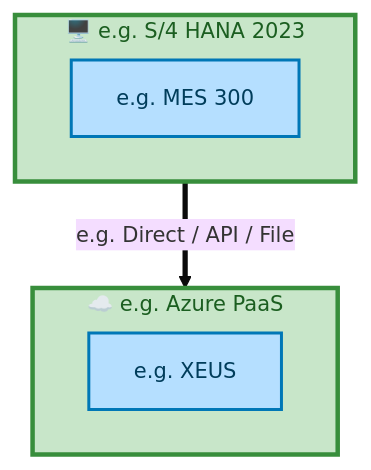
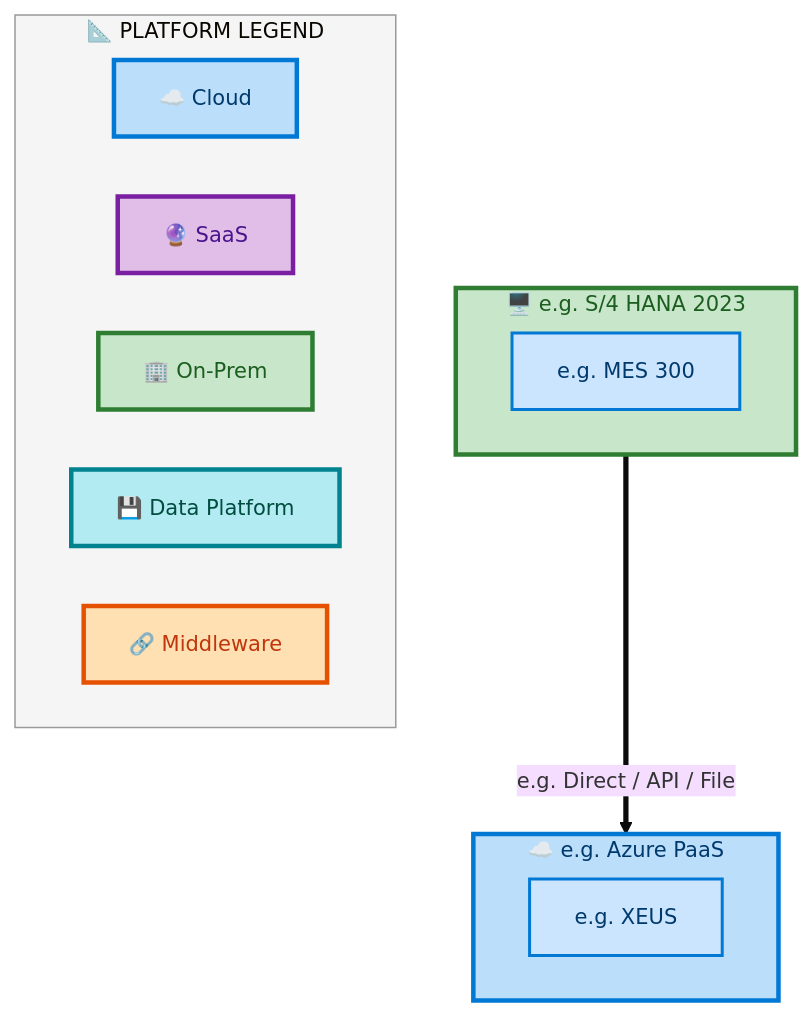
The seventh of 7 diagrams in towers/E2E/Master Data/E2E-91/output/docs/systems-architecture/E2E-91-Architecture.md (sajivfrancis777/IAO-Architecture), drawn with Mermaid before and after one commit. The commit also changed other lines of this file and 394 other files, not shown here.

First line of the commit message:
feat: structured layer ordering for Mermaid architecture diagrams

````diff
--- a/towers/E2E/Master Data/E2E-91/output/docs/systems-architecture/E2E-91-Architecture.md
+++ b/towers/E2E/Master Data/E2E-91/output/docs/systems-architecture/E2E-91-Architecture.md
@@ -653,22 +686,36 @@
 ```mermaid
 %%{init: {"theme": "base", "securityLevel": "loose", "themeVariables": {"fontSize": "14px", "fontFamily": "Segoe UI, Arial"}, "flowchart": {"useMaxWidth": false, "htmlLabels": true, "nodeSpacing": 40, "rankSpacing": 50}} }%%
 flowchart TB
-    classDef appBox fill:#B5DFFF,stroke:#0077B6,stroke-width:2px,color:#003D5B
-    classDef platBox fill:#C8E6C9,stroke:#388E3C,stroke-width:3px,color:#1B5E20
-    classDef eolBox fill:#FFB5B5,stroke:#CC0000,stroke-width:2px,color:#660000
+    classDef appBox fill:#CCE5FF,stroke:#0078D4,stroke-width:2px,color:#003A6C
+    classDef platBox fill:#C8E6C9,stroke:#2E7D32,stroke-width:3px,color:#1B5E20
+    classDef eolBox fill:#FFCDD2,stroke:#C62828,stroke-width:2px,color:#B71C1C
 
     subgraph E2E91FPLP_e_g_Azure_PaaS["☁️ e.g. Azure PaaS"]
         direction LR
         E2E91FPLA_e_g_XEUS["e.g. XEUS"]:::appBox
     end
-    style E2E91FPLP_e_g_Azure_PaaS fill:#C8E6C9,stroke:#388E3C,stroke-width:3px,color:#1B5E20
+    style E2E91FPLP_e_g_Azure_PaaS fill:#BBDEFB,stroke:#0078D4,stroke-width:3px,color:#003A6C
 
     subgraph E2E91FPLP_e_g_S_4_HANA_2023["🖥️ e.g. S/4 HANA 2023"]
         direction LR
         E2E91FPLA_e_g_MES_300["e.g. MES 300"]:::appBox
     end
-    style E2E91FPLP_e_g_S_4_HANA_2023 fill:#C8E6C9,stroke:#388E3C,stroke-width:3px,color:#1B5E20
+    style E2E91FPLP_e_g_S_4_HANA_2023 fill:#C8E6C9,stroke:#2E7D32,stroke-width:3px,color:#1B5E20
 
     E2E91FPLP_e_g_S_4_HANA_2023 ==>|"e.g. Direct / API / File"| E2E91FPLP_e_g_Azure_PaaS
 
+    subgraph E2E91FPLLegend["📐 PLATFORM LEGEND"]
+        direction LR
+        E2E91FPLLC["☁️ Cloud"]
+        E2E91FPLLS["🔮 SaaS"]
+        E2E91FPLLO["🏢 On-Prem"]
+        E2E91FPLLD["💾 Data Platform"]
+        E2E91FPLLM["🔗 Middleware"]
+    end
+    style E2E91FPLLegend fill:#F5F5F5,stroke:#999,stroke-width:1px
+    style E2E91FPLLC fill:#BBDEFB,stroke:#0078D4,stroke-width:3px,color:#003A6C
+    style E2E91FPLLS fill:#E1BEE7,stroke:#7B1FA2,stroke-width:3px,color:#4A148C
+    style E2E91FPLLO fill:#C8E6C9,stroke:#2E7D32,stroke-width:3px,color:#1B5E20
+    style E2E91FPLLD fill:#B2EBF2,stroke:#00838F,stroke-width:3px,color:#004D40
+    style E2E91FPLLM fill:#FFE0B2,stroke:#E65100,stroke-width:3px,color:#BF360C
 ```
````
